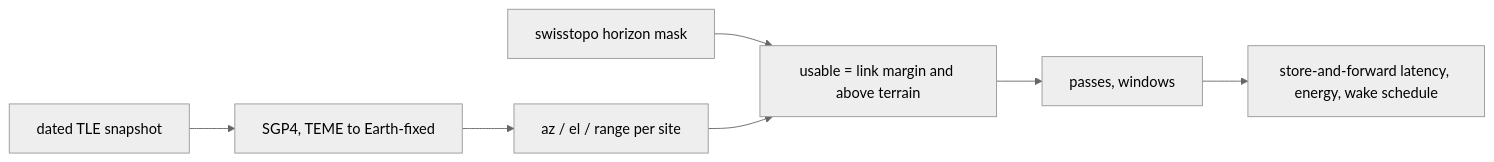
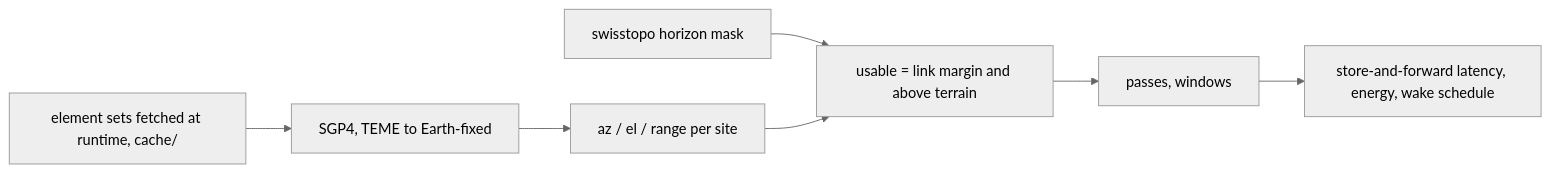
One commit to Usernamepersonperson/sat-iot-pass-planner changed the diagram in README.md. Above: the diagram before and after it, drawn with Mermaid (neutral theme). The commit also changed other lines of this file and 23 other files, not shown here.

First line of the commit message:
Fetch orbital elements at runtime instead of committing a snapshot

````diff
--- a/README.md
+++ b/README.md
@@ -53,9 +56,9 @@
 ```mermaid
 flowchart LR
-  T[dated TLE snapshot] --> S[SGP4, TEME to Earth-fixed]
+  T[element sets fetched at runtime, cache/] --> S[SGP4, TEME to Earth-fixed]
   S --> L[az / el / range per site]
   H[swisstopo horizon mask] --> V[usable = link margin and above terrain]
   L --> V
   V --> P[passes, windows]
   P --> Q[store-and-forward latency, energy, wake schedule]
 ```
````
